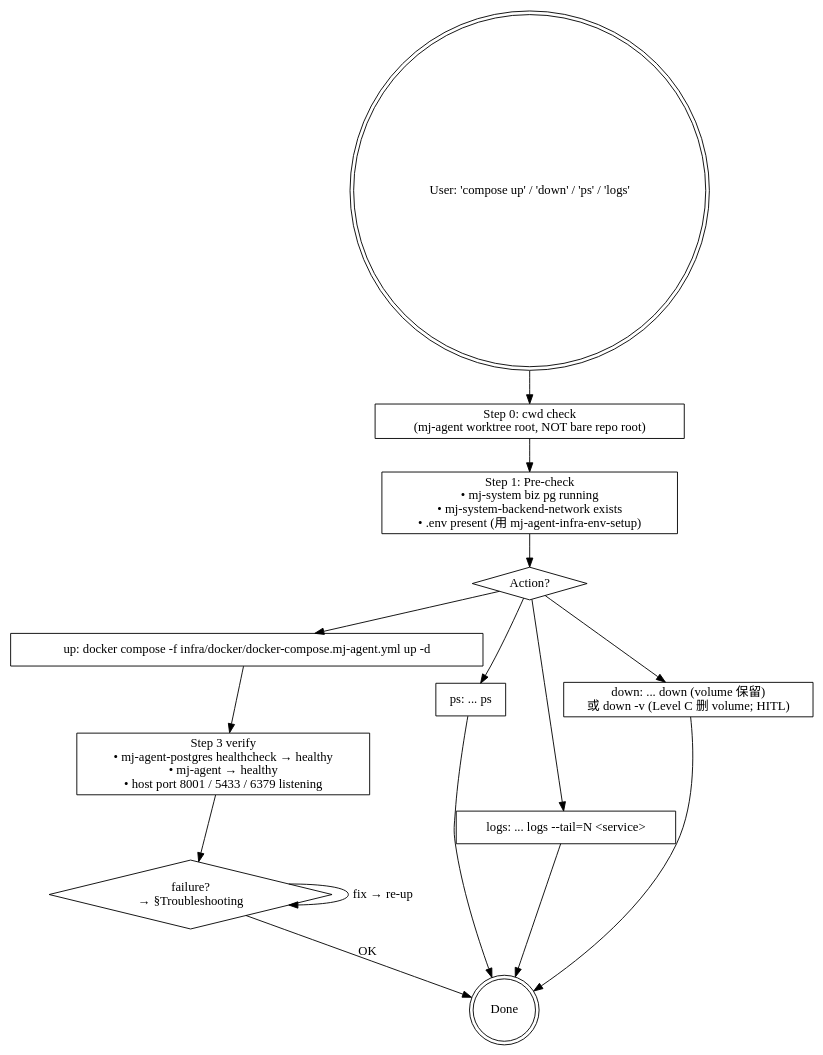
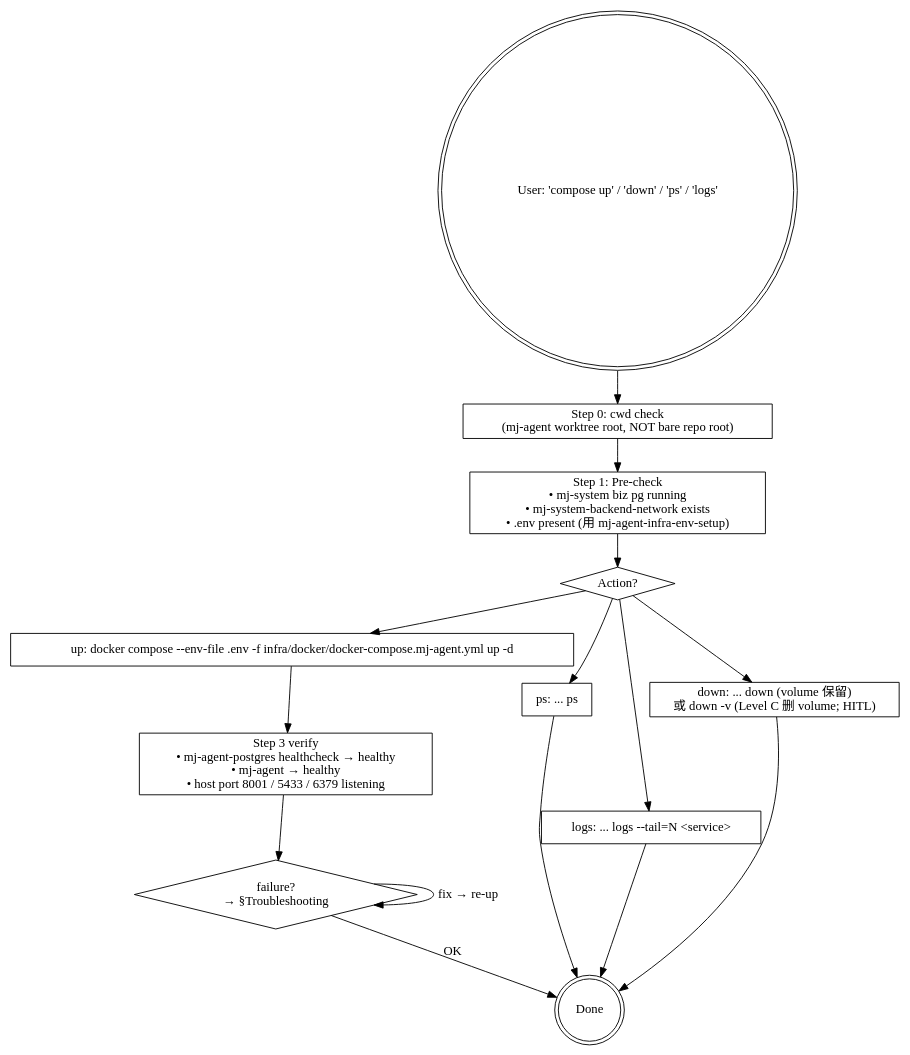
Before and after one commit to MJ-AgentLab/mj-agent: the diagram in .claude/skills/mj-agent-infra-docker-compose/SKILL.md, drawn with Graphviz. The commit also changed other lines of this file and 6 other files, not shown here.

First line of the commit message:
docs: 给 compose 命令统一加 --env-file .env

````diff
--- a/.claude/skills/mj-agent-infra-docker-compose/SKILL.md
+++ b/.claude/skills/mj-agent-infra-docker-compose/SKILL.md
@@ -48,35 +48,35 @@
 ```dot
 digraph compose {
   rankdir=TB;
   start [label="User: 'compose up' / 'down' / 'ps' / 'logs'" shape=doublecircle];
 
   s0 [label="Step 0: cwd check\n(mj-agent worktree root, NOT bare repo root)" shape=box];
 
   s1 [label="Step 1: Pre-check\n• mj-system biz pg running\n• mj-system-backend-network exists\n• .env present (用 mj-agent-infra-env-setup)" shape=box];
 
   decide [label="Action?" shape=diamond];
 
-  up [label="up: docker compose -f infra/docker/docker-compose.mj-agent.yml up -d" shape=box];
+  up [label="up: docker compose --env-file .env -f infra/docker/docker-compose.mj-agent.yml up -d" shape=box];
   ps [label="ps: ... ps" shape=box];
   logs [label="logs: ... logs --tail=N <service>" shape=box];
   down [label="down: ... down (volume 保留)\n或 down -v (Level C 删 volume; HITL)" shape=box];
 
   verify [label="Step 3 verify\n• mj-agent-postgres healthcheck → healthy\n• mj-agent → healthy\n• host port 8001 / 5433 / 6379 listening" shape=box];
 
   trouble [label="failure?\n→ §Troubleshooting" shape=diamond];
 
   done [label="Done" shape=doublecircle];
 
   start -> s0 -> s1 -> decide;
   decide -> up;
   decide -> ps;
   decide -> logs;
   decide -> down;
   up -> verify -> trouble;
   trouble -> done [label="OK"];
   trouble -> trouble [label="fix → re-up"];
   ps -> done;
   logs -> done;
   down -> done;
 }
 ```
````
